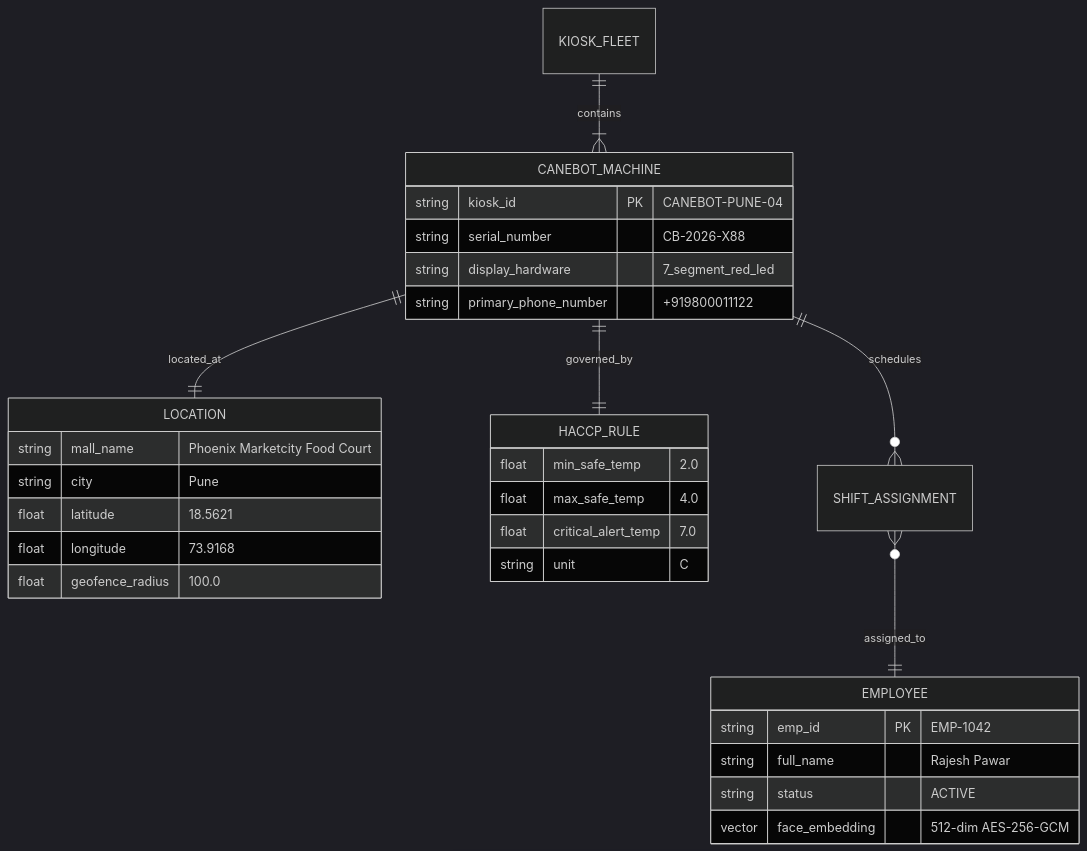
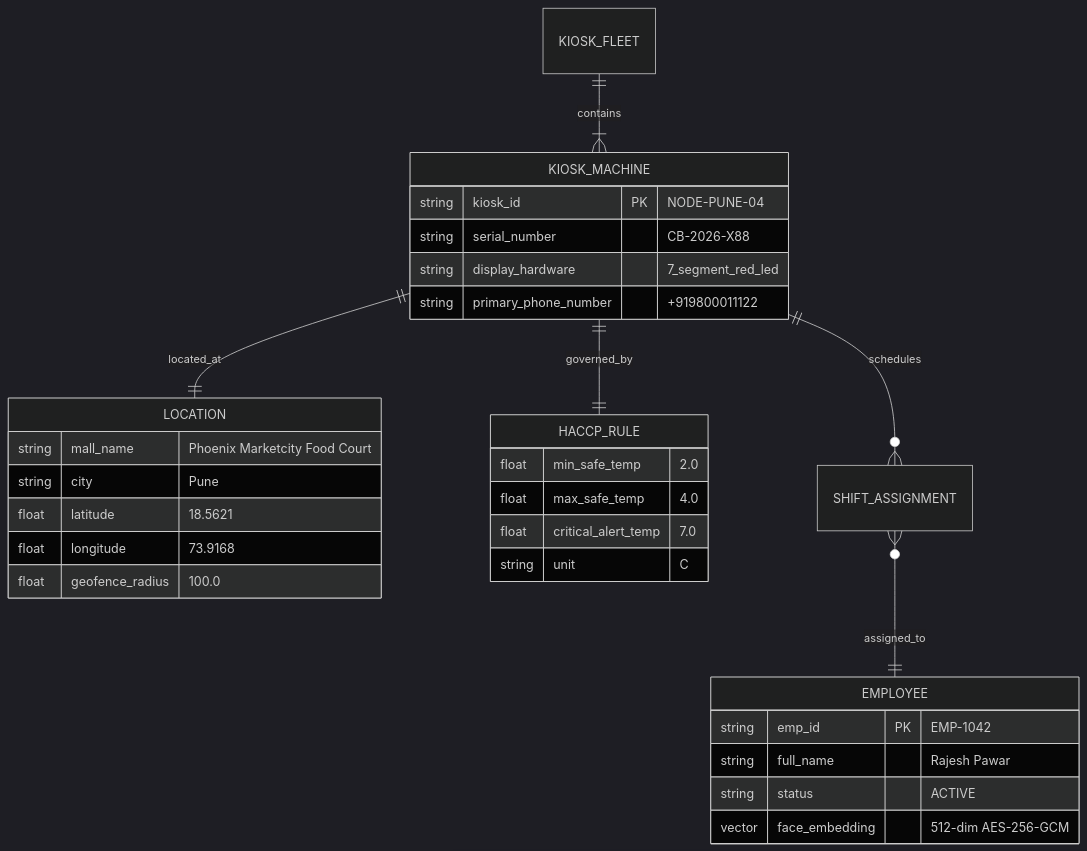
One commit to meetmahendra/Release100 changed the second of 4 diagrams in plans/03_app_temperature_marker_v1.3.md. Above: the diagram before and after it, drawn with Mermaid (dark theme). The commit also changed other lines of this file and 41 other files, not shown here.

````diff
--- a/plans/03_app_temperature_marker_v1.3.md
+++ b/plans/03_app_temperature_marker_v1.3.md
@@ -141,34 +141,34 @@
 ```mermaid
 erDiagram
-    KIOSK_FLEET ||--|{ CANEBOT_MACHINE : contains
-    CANEBOT_MACHINE ||--|| LOCATION : located_at
-    CANEBOT_MACHINE ||--|| HACCP_RULE : governed_by
-    CANEBOT_MACHINE ||--o{ SHIFT_ASSIGNMENT : schedules
+    KIOSK_FLEET ||--|{ KIOSK_MACHINE : contains
+    KIOSK_MACHINE ||--|| LOCATION : located_at
+    KIOSK_MACHINE ||--|| HACCP_RULE : governed_by
+    KIOSK_MACHINE ||--o{ SHIFT_ASSIGNMENT : schedules
     SHIFT_ASSIGNMENT }o--|| EMPLOYEE : assigned_to
 
-    CANEBOT_MACHINE {
-        string kiosk_id PK "CANEBOT-PUNE-04"
+    KIOSK_MACHINE {
+        string kiosk_id PK "NODE-PUNE-04"
         string serial_number "CB-2026-X88"
         string display_hardware "7_segment_red_led"
         string primary_phone_number "+919800011122"
     }
     LOCATION {
         string mall_name "Phoenix Marketcity Food Court"
         string city "Pune"
         float latitude "18.5621"
         float longitude "73.9168"
         float geofence_radius "100.0"
     }
     HACCP_RULE {
         float min_safe_temp "2.0"
         float max_safe_temp "4.0"
         float critical_alert_temp "7.0"
         string unit "C"
     }
     EMPLOYEE {
         string emp_id PK "EMP-1042"
         string full_name "Rajesh Pawar"
         string status "ACTIVE"
         vector face_embedding "512-dim AES-256-GCM"
     }
 ```
````
